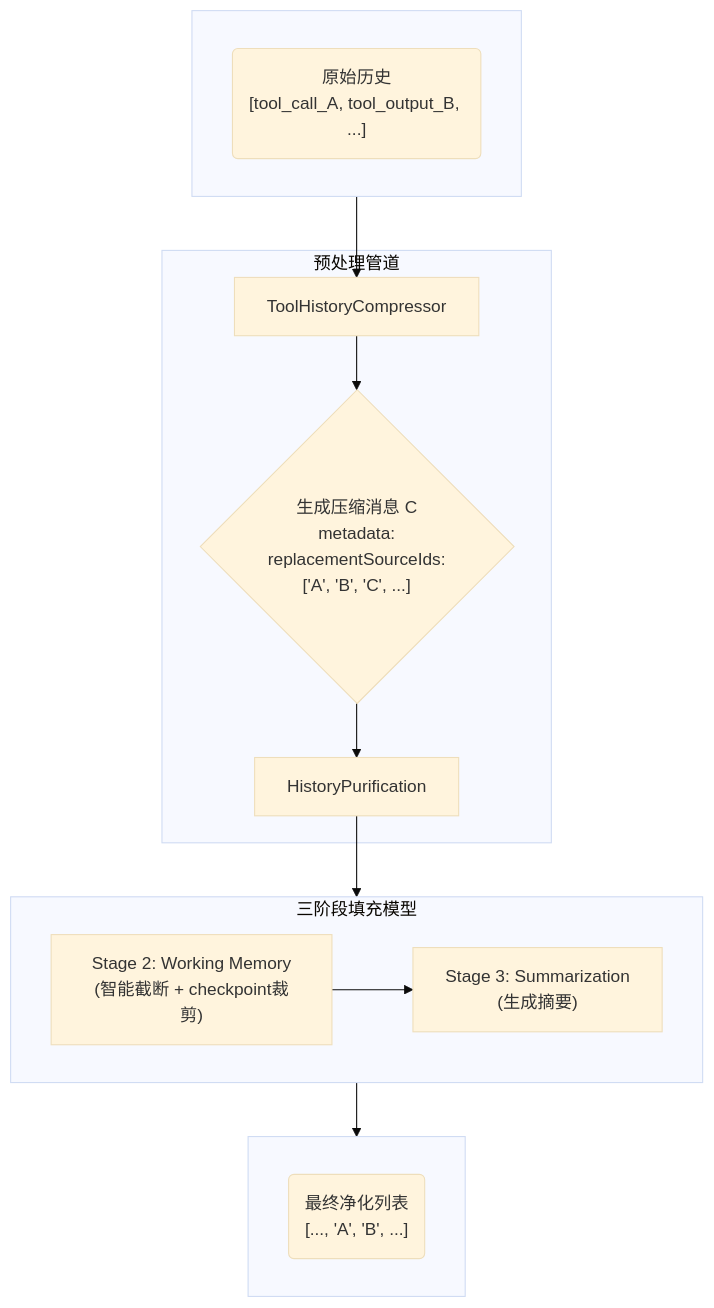
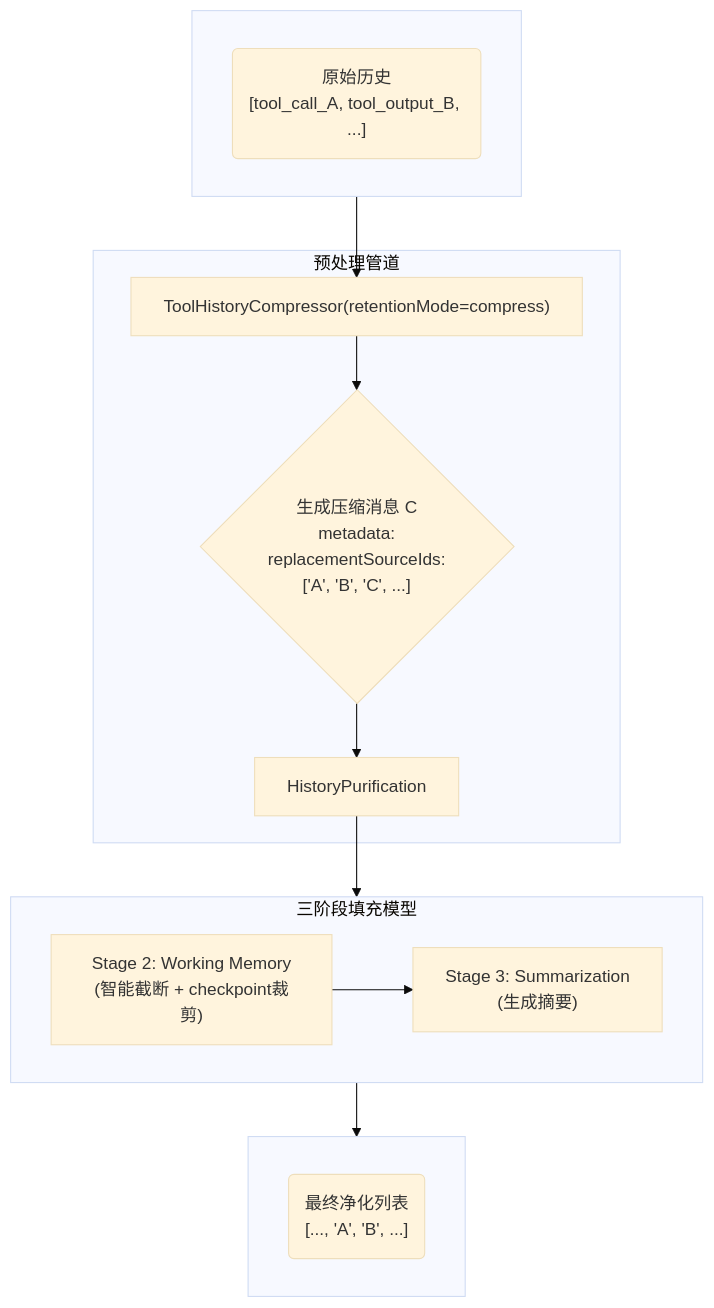
The diagram in src/context-manager/README.md (linnlabs/linnkit), drawn with Mermaid (base theme) before and after one commit. The commit also changed other lines of this file and 28 other files, not shown here.

````diff
--- a/src/context-manager/README.md
+++ b/src/context-manager/README.md
@@ -409,26 +412,26 @@
 ```mermaid
 graph TD
     subgraph " "
         direction LR
         A("原始历史<br/>[tool_call_A, tool_output_B, ...]")
     end
 
     subgraph "预处理管道"
-        B["ToolHistoryCompressor"] --> C{"生成压缩消息 C<br/>metadata:<br/>replacementSourceIds:<br/>['A', 'B', 'C', ...]"}
+        B["ToolHistoryCompressor(retentionMode=compress)"] --> C{"生成压缩消息 C<br/>metadata:<br/>replacementSourceIds:<br/>['A', 'B', 'C', ...]"}
         C --> D["HistoryPurification"]
     end
 
     subgraph "三阶段填充模型"
         direction LR
         E["Stage 2: Working Memory<br/>(智能截断 + checkpoint裁剪)"] --> F["Stage 3: Summarization<br/>(生成摘要)"]
     end
 
     subgraph " "
         direction LR
         G("最终净化列表<br/>[..., 'A', 'B', ...]")
     end
 
     A --> B
     D --> E
     F --> G
 ```
````
